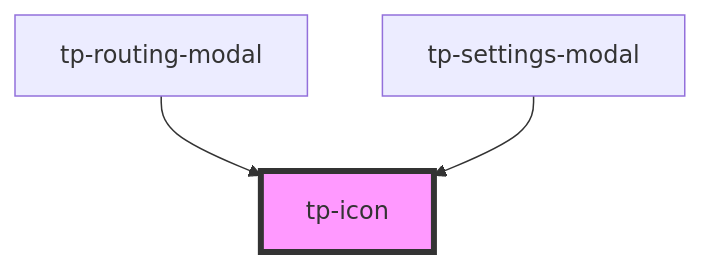
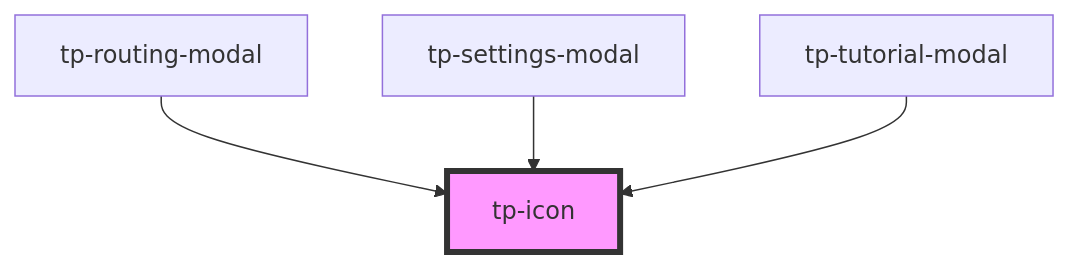
The diagram in packages/byfo-components/src/components/tp-icon/readme.md (Jacob-Griffin/TelephonePictionaryStencilVue), drawn with Mermaid before and after one commit. The commit also changed other lines of this file and 8 other files, not shown here.

````diff
--- a/packages/byfo-components/src/components/tp-icon/readme.md
+++ b/packages/byfo-components/src/components/tp-icon/readme.md
@@ -23,6 +24,7 @@
 ```mermaid
 graph TD;
   tp-routing-modal --> tp-icon
   tp-settings-modal --> tp-icon
+  tp-tutorial-modal --> tp-icon
   style tp-icon fill:#f9f,stroke:#333,stroke-width:4px
 ```
````
